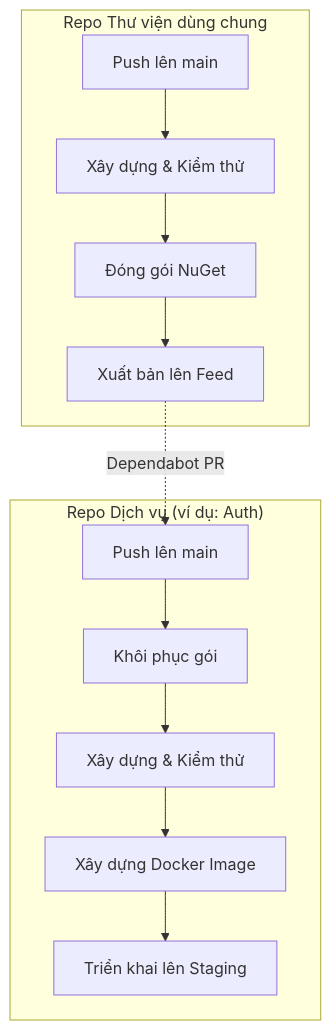
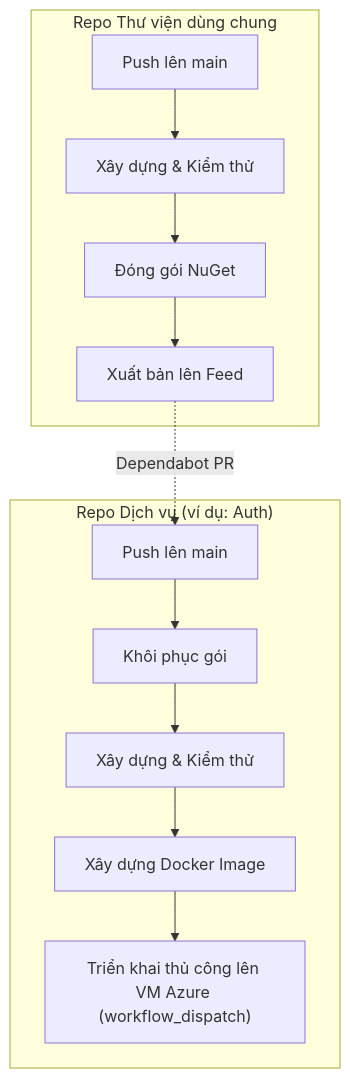
Before and after one commit to dut-pbl6-2026/job-platform-docs: the fifth of 5 diagrams in docs/srs/vi/3-must-have-fr.vi.md, drawn with Mermaid. The commit also changed other lines of this file and 20 other files, not shown here.

First line of the commit message:
docs(srs): sync Azure deploy target, health/logging, RBAC, CI (PBL6-44/49/50/51) (#9)

````diff
--- a/docs/srs/vi/3-must-have-fr.vi.md
+++ b/docs/srs/vi/3-must-have-fr.vi.md
@@ -590,17 +591,17 @@
 ```mermaid
 flowchart TB
     subgraph Shared["Repo Thư viện dùng chung"]
         SharedPush["Push lên main"] --> SharedBuild["Xây dựng & Kiểm thử"]
         SharedBuild --> SharedPack["Đóng gói NuGet"]
         SharedPack --> SharedPublish["Xuất bản lên Feed"]
     end
 
     subgraph Service["Repo Dịch vụ (ví dụ: Auth)"]
         ServicePush["Push lên main"] --> ServiceRestore["Khôi phục gói"]
         ServiceRestore --> ServiceBuild["Xây dựng & Kiểm thử"]
         ServiceBuild --> ServiceDocker["Xây dựng Docker Image"]
-        ServiceDocker --> ServiceDeploy["Triển khai lên Staging"]
+        ServiceDocker --> ServiceDeploy["Triển khai thủ công lên VM Azure (workflow_dispatch)"]
     end
 
     SharedPublish -.->|Dependabot PR| ServicePush
 ```
````
